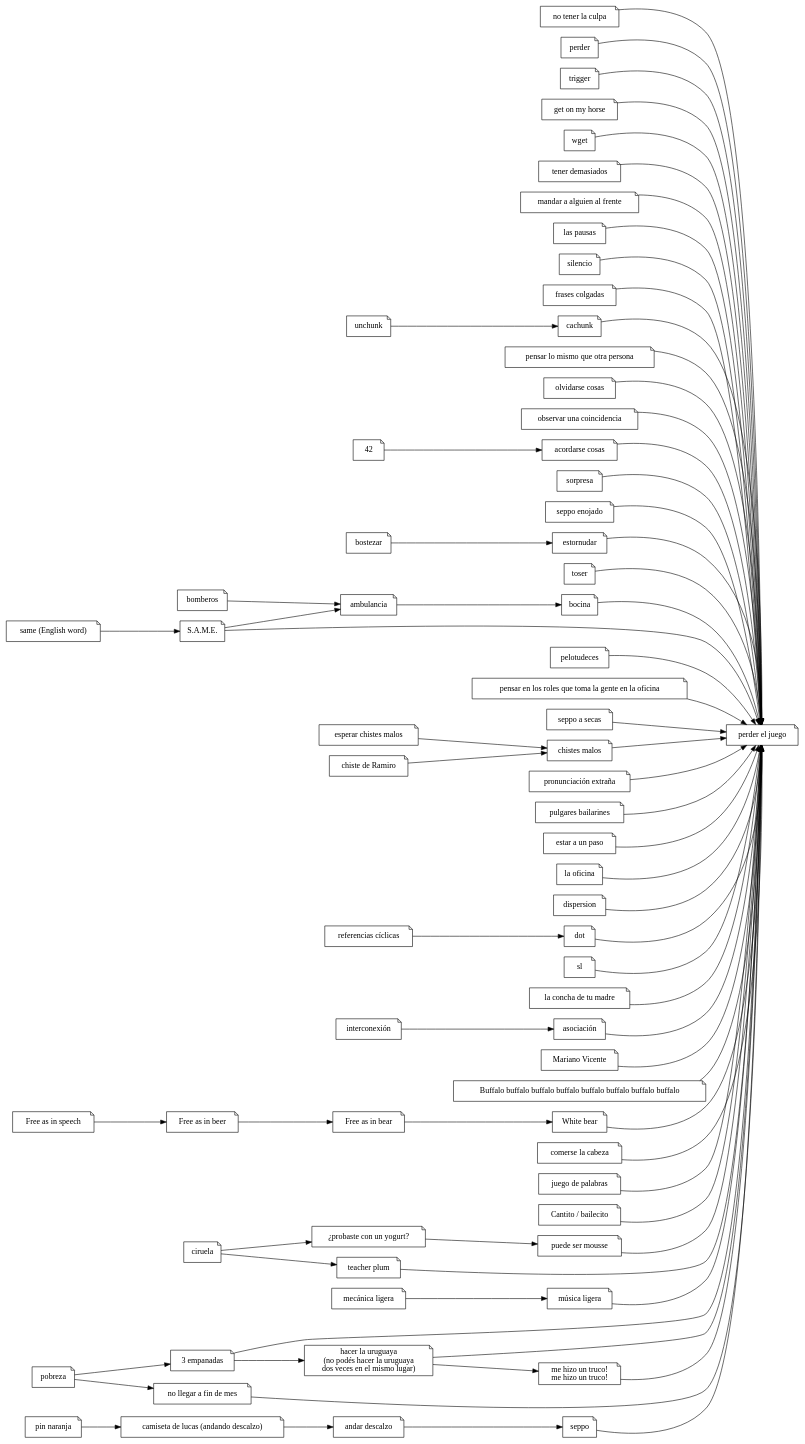
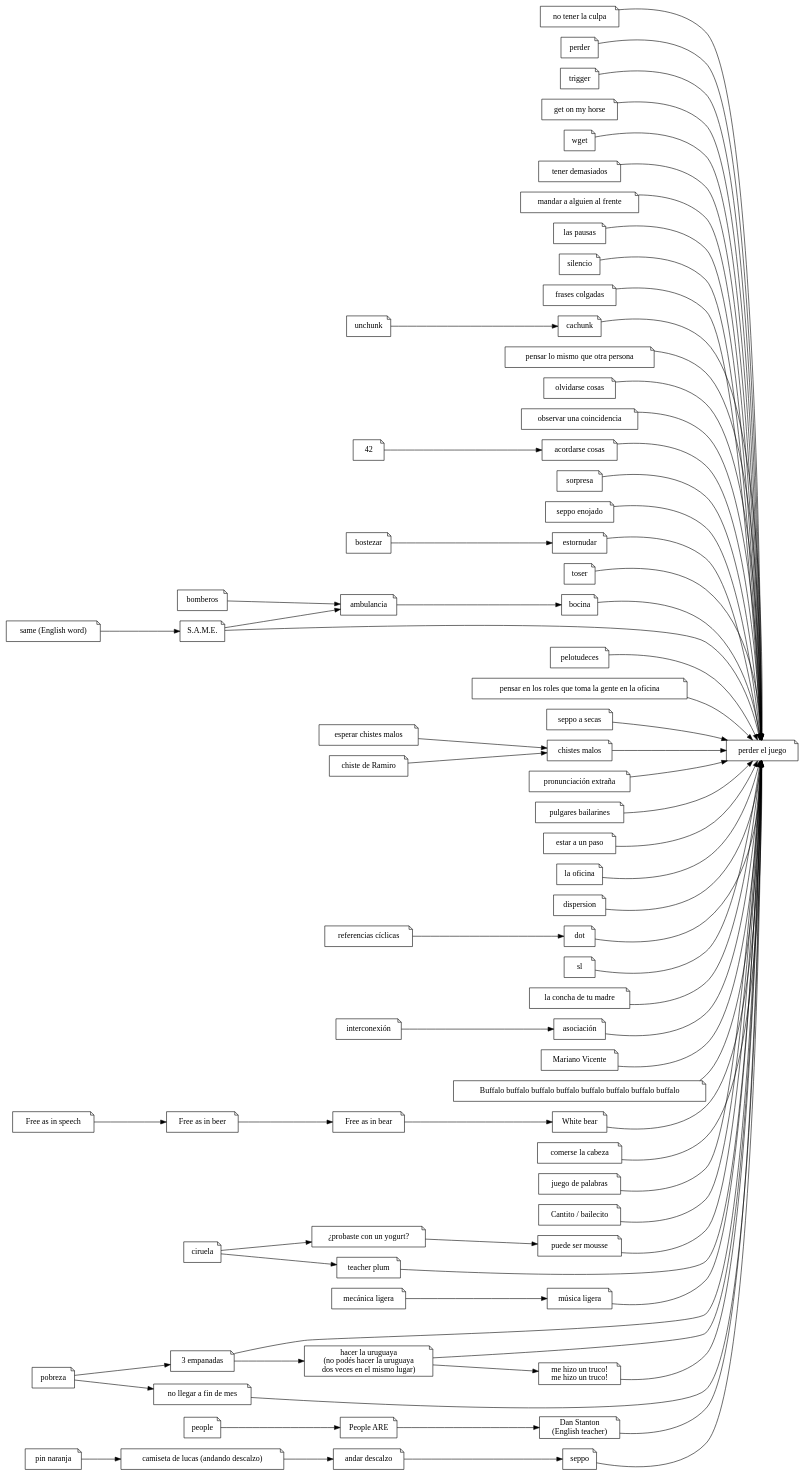
Before and after one commit to ramiror/ilostthegame: the diagram in ilostthegame.dot, drawn with Graphviz. The commit also changed 2 other files, not shown here.

Commit message:
People ARE and whitespace

```diff
--- a/ilostthegame.dot
+++ b/ilostthegame.dot
@@ -1,133 +1,137 @@
 digraph
 {
     rankdir="LR"
     node [shape="note"]
 
     pej [label="perder el juego"]
     "no tener la culpa"
     "perder"
     "trigger"
     "get on my horse"
     "wget"
     "tener demasiados"
     "mandar a alguien al frente"
     "las pausas"
     "silencio"
     "frases colgadas"
     "cachunk"
     "pensar lo mismo que otra persona"
     "olvidarse cosas"
     "observar una coincidencia"
     "acordarse cosas"
     "sorpresa"
     "seppo enojado"
     "estornudar"
     "toser"
     "bocina"
     "pelotudeces"
     roles [label="pensar en los roles que toma la gente en la oficina"]
     "seppo a secas"
     "bostezar"
     "chistes malos"
     pe [label="pronunciación extraña"]
     "pulgares bailarines"
     "estar a un paso"
     "la oficina"
     "dispersion"
     "ambulancia"
     "esperar chistes malos"
     "chiste de Ramiro"
     "unchunk"
     "andar descalzo"
     "pin naranja"
     dot
     sl
     rc [label="referencias cíclicas"]
     camiseta [label="camiseta de lucas (andando descalzo)"]
     lcdtm [label="la concha de tu madre"]
     bomberos
     int [label="interconexión"]
     asoc [label="asociación"]
     mv [label="Mariano Vicente"]
     buffalo [label="Buffalo buffalo buffalo buffalo buffalo buffalo buffalo buffalo"]
     fais [label="Free as in speech"]
     faib [label="Free as in beer"]
     faibe [label="Free as in bear"]
     wb [label="White bear"]
     comecoco [label="comerse la cabeza"]
     palabras [label="juego de palabras"]
     cantito [label="Cantito / bailecito"]
     same_english [label="same (English word)"]
     same_acronym [label="S.A.M.E."]
     yogurt [label="¿probaste con un yogurt?"]
     mousse [label="puede ser mousse"]
     teacher_plum [label="teacher plum"]
     meli [label="mecánica ligera"]
     muli [label="música ligera"]
     pobreza [label="pobreza"]
     emp3 [label="3 empanadas"]
     nomes [label="no llegar a fin de mes"]
     uruguaya [label="hacer la uruguaya\n(no podés hacer la uruguaya\ndos veces en el mismo lugar)"]
     truco [label="me hizo un truco!\nme hizo un truco!"]
+    people
+    people_are [label="People ARE"]
+    dan_stanton [label="Dan Stanton\n(English teacher)"]
 
-    "perder"                           -> pej
-    "no tener la culpa"                -> pej
-    "trigger"                          -> pej
-    "get on my horse"                  -> pej
-    "wget"                             -> pej
-    "tener demasiados"                 -> pej
-    "mandar a alguien al frente"       -> pej
-    "las pausas"                       -> pej
-    "silencio"                         -> pej
-    "frases colgadas"                  -> pej
-    "cachunk"                          -> pej
-    "pensar lo mismo que otra persona" -> pej
-    "olvidarse cosas"                  -> pej
-    "observar una coincidencia"        -> pej
-    "acordarse cosas"                  -> pej
-    "sorpresa"                         -> pej
-    "seppo enojado"                    -> pej
-    "estornudar"                       -> pej
-    "toser"                            -> pej
-    "bocina"                           -> pej
-    "pelotudeces"                      -> pej
+    "perder"                            -> pej
+    "no tener la culpa"                 -> pej
+    "trigger"                           -> pej
+    "get on my horse"                   -> pej
+    "wget"                              -> pej
+    "tener demasiados"                  -> pej
+    "mandar a alguien al frente"        -> pej
+    "las pausas"                        -> pej
+    "silencio"                          -> pej
+    "frases colgadas"                   -> pej
+    "cachunk"                           -> pej
+    "pensar lo mismo que otra persona"  -> pej
+    "olvidarse cosas"                   -> pej
+    "observar una coincidencia"         -> pej
+    "acordarse cosas"                   -> pej
+    "sorpresa"                          -> pej
+    "seppo enojado"                     -> pej
+    "estornudar"                        -> pej
+    "toser"                             -> pej
+    "bocina"                            -> pej
+    "pelotudeces"                       -> pej
     roles -> pej
-    "seppo a secas"                    -> pej
-    "chistes malos"                    -> pej
-    pe                                 -> pej
-    "pulgares bailarines"              -> pej
-    "estar a un paso"                  -> pej
-    "la oficina"                       -> pej
-    "dispersion"                       -> pej
-    "seppo"                            -> pej
-    lcdtm                              -> pej
-    asoc                               -> pej
-    mv                                 -> pej
-    dot                                -> pej
-    sl                                 -> pej
-    buffalo                            -> pej
-    comecoco                           -> pej
-    palabras                           -> pej
+    "seppo a secas"                     -> pej
+    "chistes malos"                     -> pej
+    pe                                  -> pej
+    "pulgares bailarines"               -> pej
+    "estar a un paso"                   -> pej
+    "la oficina"                        -> pej
+    "dispersion"                        -> pej
+    "seppo"                             -> pej
+    lcdtm                               -> pej
+    asoc                                -> pej
+    mv                                  -> pej
+    dot                                 -> pej
+    sl                                  -> pej
+    buffalo                             -> pej
+    comecoco                            -> pej
+    palabras                            -> pej
 
     bomberos -> "ambulancia" -> "bocina"
     "esperar chistes malos" -> "chistes malos"
     "chiste de Ramiro" -> "chistes malos"
     "unchunk" -> "cachunk"
     "andar descalzo" -> "seppo"
     "pin naranja" -> camiseta -> "andar descalzo"
     int -> asoc
     "bostezar" -> estornudar
     42 -> "acordarse cosas"
     rc -> dot
-    fais -> faib -> faibe -> wb        -> pej
-    cantito                            -> pej
-    same_english -> same_acronym       -> pej
+    fais -> faib -> faibe -> wb         -> pej
+    cantito                             -> pej
+    same_english -> same_acronym        -> pej
     same_acronym -> ambulancia
-    ciruela -> yogurt -> mousse        -> pej
-    ciruela -> teacher_plum            -> pej
-    meli -> muli                       -> pej
-    pobreza -> emp3                    -> pej
-    pobreza -> nomes                   -> pej
-    emp3 -> uruguaya                   -> pej
-    uruguaya -> truco                  -> pej
+    ciruela -> yogurt -> mousse         -> pej
+    ciruela -> teacher_plum             -> pej
+    meli -> muli                        -> pej
+    pobreza -> emp3                     -> pej
+    pobreza -> nomes                    -> pej
+    emp3 -> uruguaya                    -> pej
+    uruguaya -> truco                   -> pej
+    people -> people_are -> dan_stanton -> pej
 }
```
